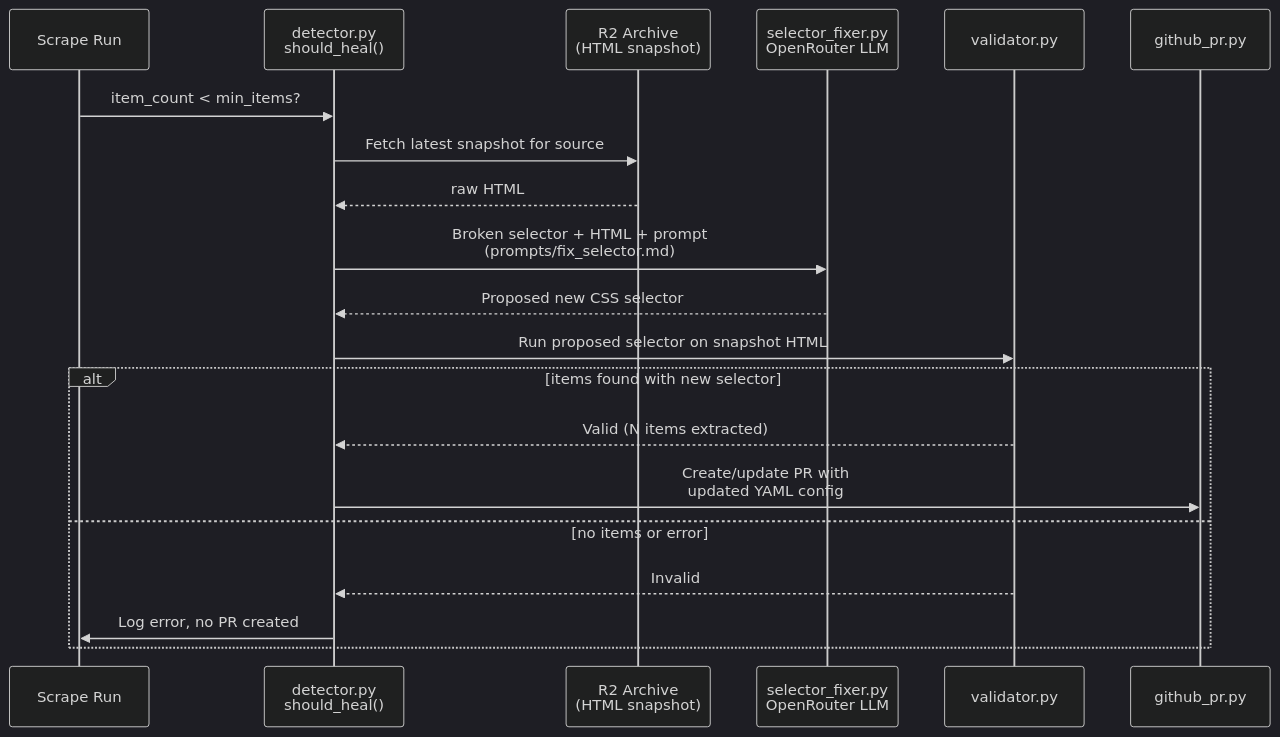
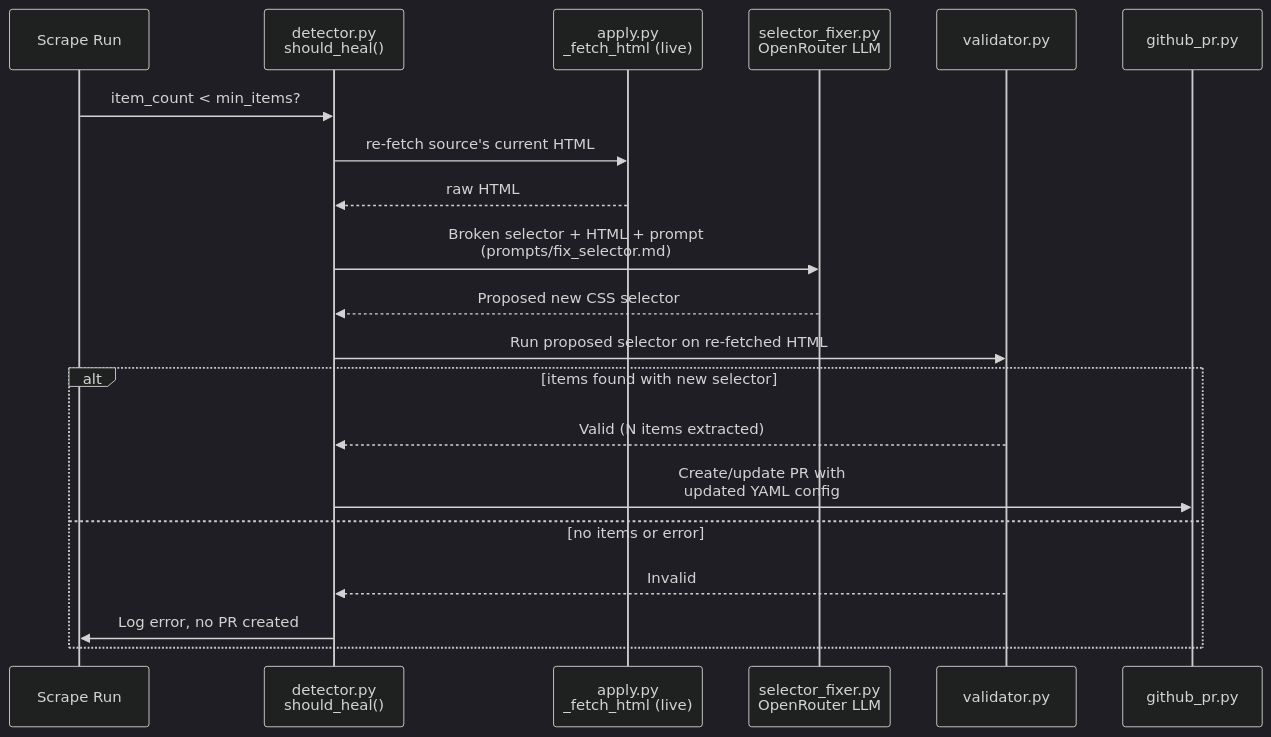
The second of 4 diagrams in docs/ARCHITECTURE.md (Abdul-Muizz1310/magpie-backend), drawn with Mermaid (dark theme) before and after one commit. The commit also changed other lines of this file and 1 other file, not shown here.

First line of the commit message:
docs: scope R2 snapshot archiving as future; document the real heal source

````diff
--- a/docs/ARCHITECTURE.md
+++ b/docs/ARCHITECTURE.md
@@ -39,23 +38,23 @@
 ```mermaid
 sequenceDiagram
     participant Run as Scrape Run
     participant Det as detector.py<br/>should_heal()
-    participant R2 as R2 Archive<br/>(HTML snapshot)
+    participant Fetch as apply.py<br/>_fetch_html (live)
     participant LLM as selector_fixer.py<br/>OpenRouter LLM
     participant Val as validator.py
     participant GH as github_pr.py
 
     Run->>Det: item_count < min_items?
-    Det->>R2: Fetch latest snapshot for source
-    R2-->>Det: raw HTML
+    Det->>Fetch: re-fetch source's current HTML
+    Fetch-->>Det: raw HTML
     Det->>LLM: Broken selector + HTML + prompt<br/>(prompts/fix_selector.md)
     LLM-->>Det: Proposed new CSS selector
-    Det->>Val: Run proposed selector on snapshot HTML
+    Det->>Val: Run proposed selector on re-fetched HTML
     alt items found with new selector
         Val-->>Det: Valid (N items extracted)
         Det->>GH: Create/update PR with<br/>updated YAML config
     else no items or error
         Val-->>Det: Invalid
         Det->>Run: Log error, no PR created
     end
 ```
````
